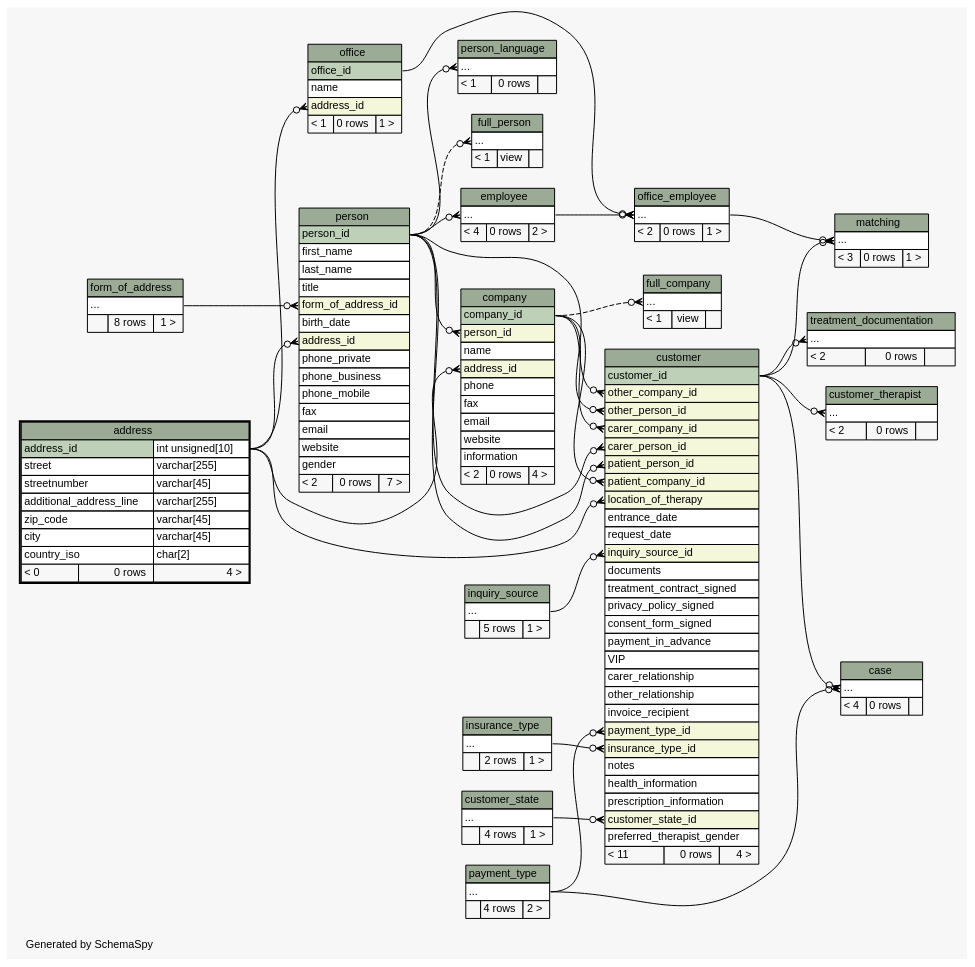
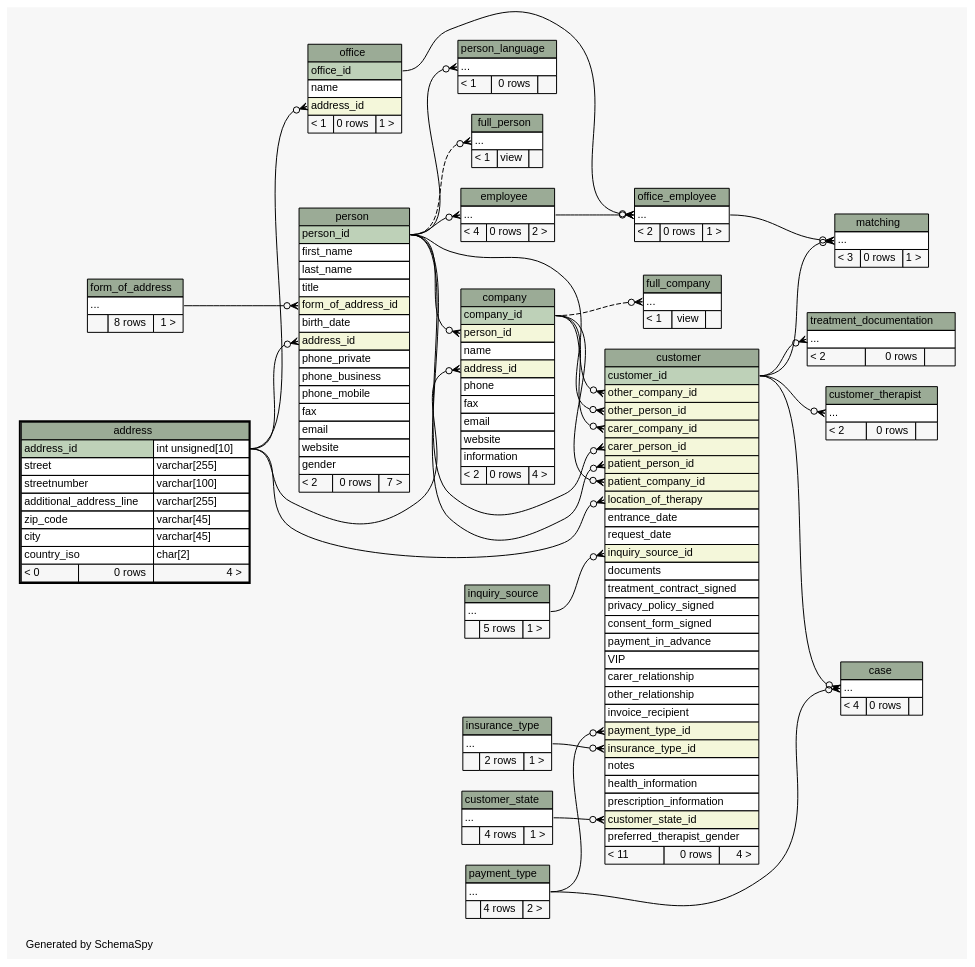
The diagram in diagrams/address.implied2degrees.dot (KaiBMP/KaiBMP.github.io), drawn with Graphviz before and after one commit. The commit also changed 58 other files, not shown here.

Commit message:
schemaspy update

```diff
--- a/diagrams/address.implied2degrees.dot
+++ b/diagrams/address.implied2degrees.dot
@@ -53,7 +53,7 @@
       <TR><TD COLSPAN="3" BGCOLOR="#9bab96" ALIGN="CENTER">address</TD></TR>
       <TR><TD PORT="address_id" COLSPAN="2" BGCOLOR="#bed1b8" ALIGN="LEFT">address_id</TD><TD PORT="address_id.type" ALIGN="LEFT">int unsigned[10]</TD></TR>
       <TR><TD PORT="street" COLSPAN="2" ALIGN="LEFT">street</TD><TD PORT="street.type" ALIGN="LEFT">varchar[255]</TD></TR>
-      <TR><TD PORT="streetnumber" COLSPAN="2" ALIGN="LEFT">streetnumber</TD><TD PORT="streetnumber.type" ALIGN="LEFT">varchar[45]</TD></TR>
+      <TR><TD PORT="streetnumber" COLSPAN="2" ALIGN="LEFT">streetnumber</TD><TD PORT="streetnumber.type" ALIGN="LEFT">varchar[100]</TD></TR>
       <TR><TD PORT="additional_address_line" COLSPAN="2" ALIGN="LEFT">additional_address_line</TD><TD PORT="additional_address_line.type" ALIGN="LEFT">varchar[255]</TD></TR>
       <TR><TD PORT="zip_code" COLSPAN="2" ALIGN="LEFT">zip_code</TD><TD PORT="zip_code.type" ALIGN="LEFT">varchar[45]</TD></TR>
       <TR><TD PORT="city" COLSPAN="2" ALIGN="LEFT">city</TD><TD PORT="city.type" ALIGN="LEFT">varchar[45]</TD></TR>
```
